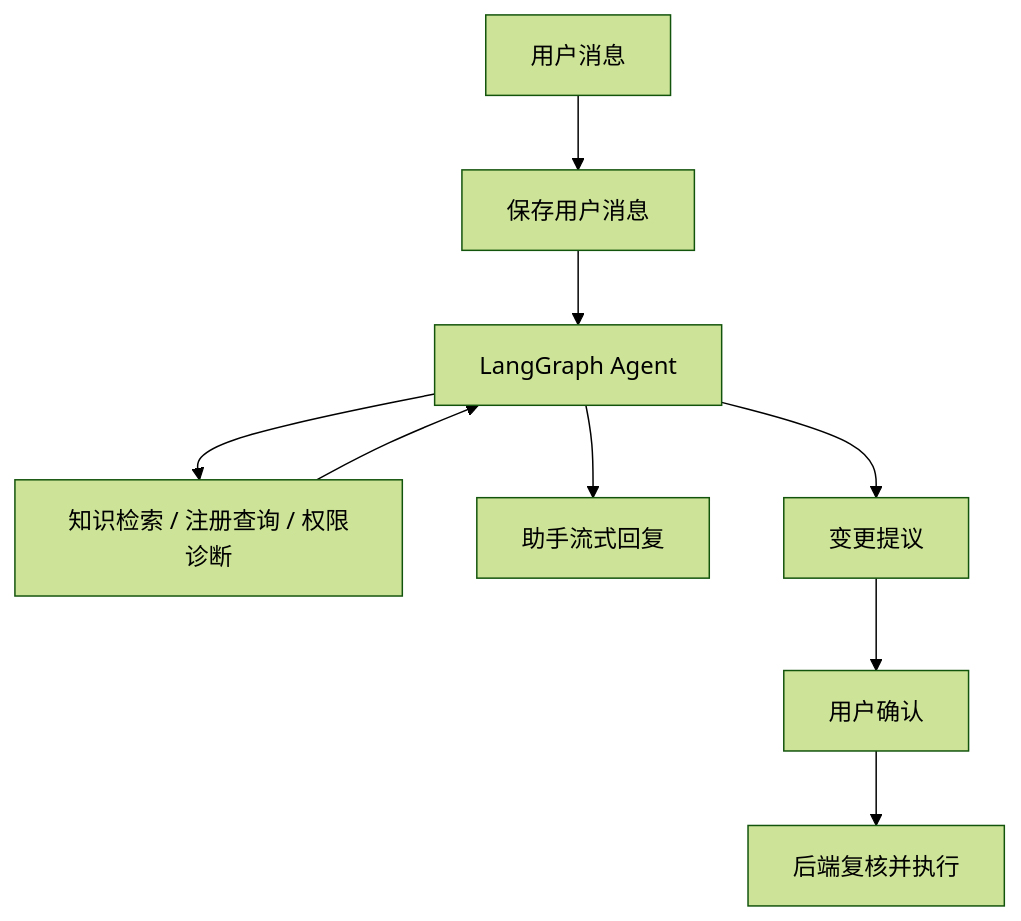
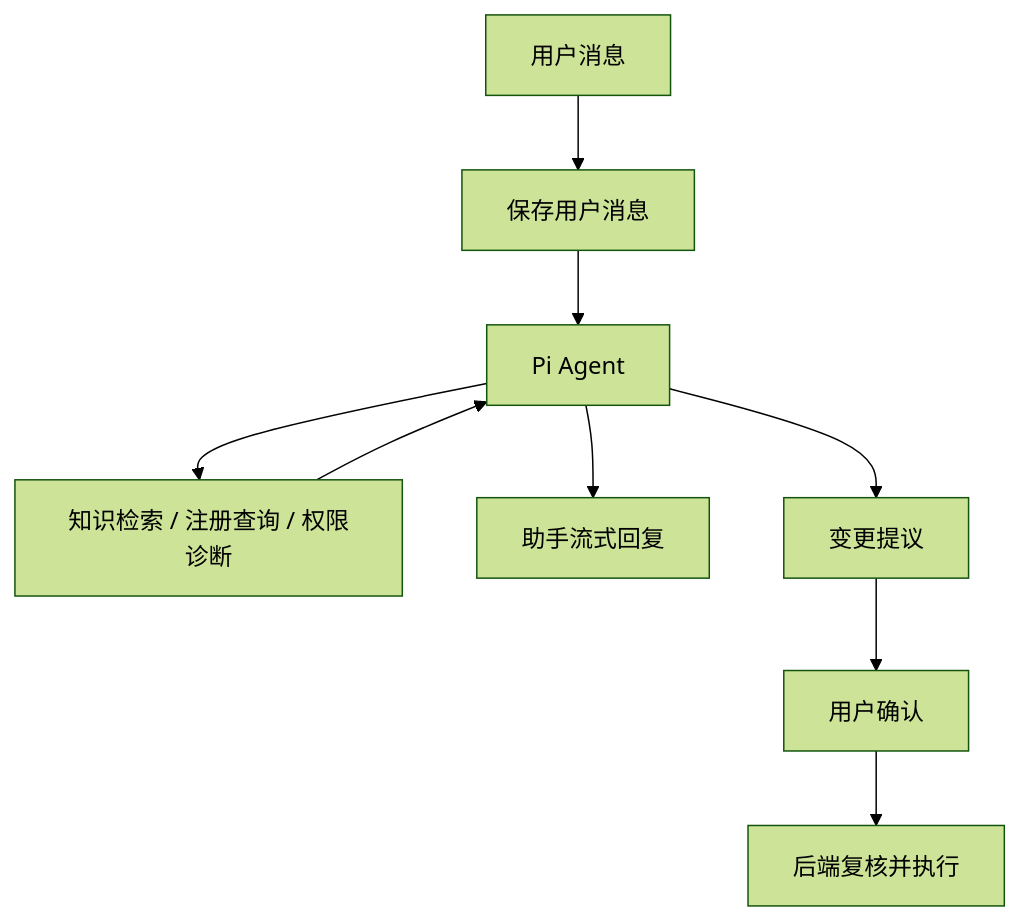
The diagram in docs/ai-assistant-capabilities.md (OSpoon/api-starter-kit), drawn with Mermaid (forest theme) before and after one commit. The commit also changed other lines of this file and 39 other files, not shown here.

Commit message:
Refactor application architecture and user flows

````diff
--- a/docs/ai-assistant-capabilities.md
+++ b/docs/ai-assistant-capabilities.md
@@ -17,11 +17,11 @@
 ```mermaid
 flowchart TB
   A["用户消息"] --> B["保存用户消息"]
-  B --> C["LangGraph Agent"]
+  B --> C["Pi Agent"]
   C --> D["知识检索 / 注册查询 / 权限诊断"]
   D --> C
   C --> E["助手流式回复"]
   C --> F["变更提议"]
   F --> G["用户确认"]
   G --> H["后端复核并执行"]
 ```
````
